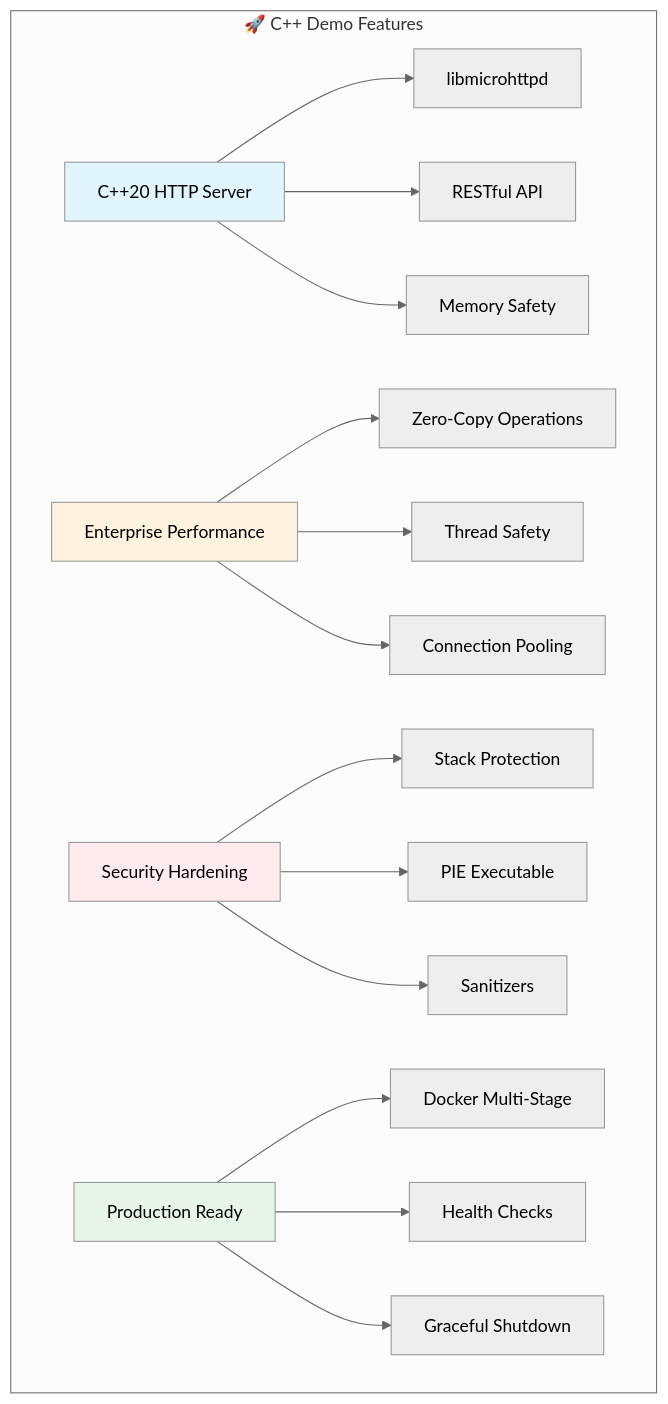
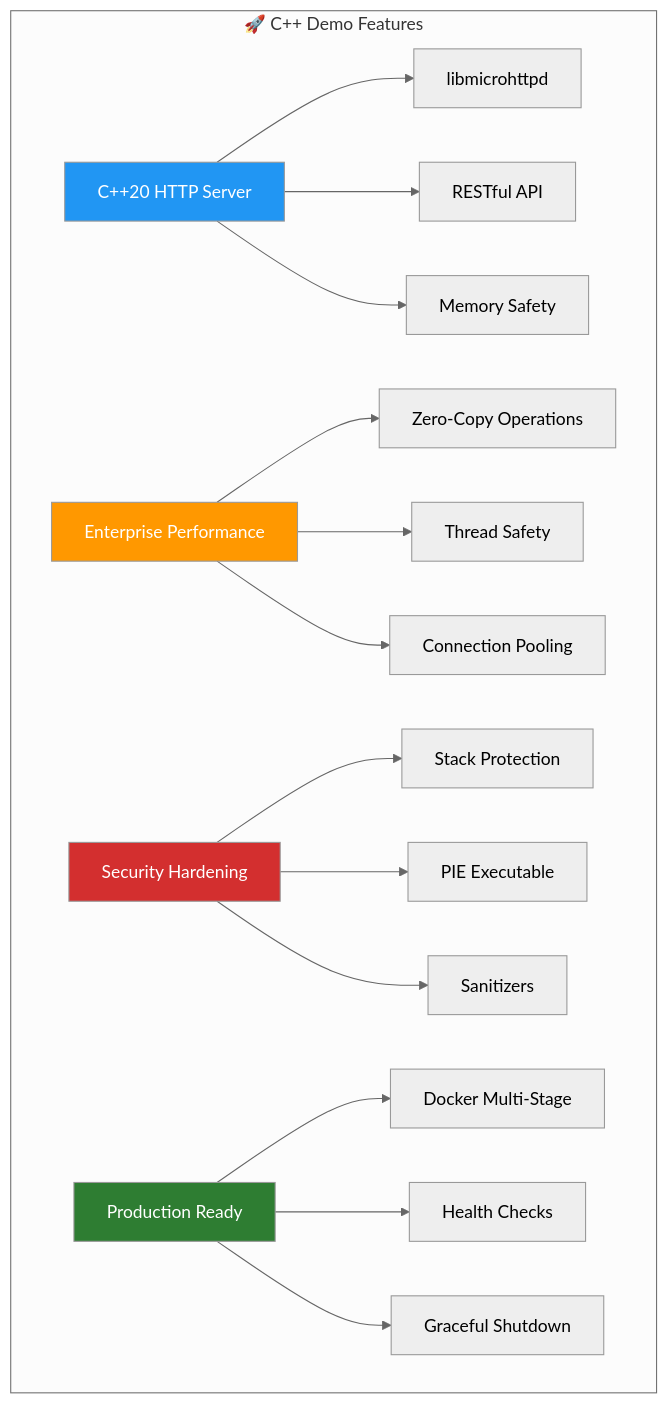
The first of 22 diagrams in demos/cpp-http-server/README.md (mvalancy-mt/training-materials), drawn with Mermaid (neutral theme) before and after one commit. The commit also changed other lines of this file and 2 other files, not shown here.

First line of the commit message:
fix: improve mermaid diagram readability with high-contrast colors (#9)

````diff
--- a/demos/cpp-http-server/README.md
+++ b/demos/cpp-http-server/README.md
@@ -9,25 +9,25 @@
 ```mermaid
 graph TB
     subgraph "🚀 C++ Demo Features"
         A[C++20 HTTP Server] --> B[libmicrohttpd]
         A --> C[RESTful API]
         A --> D[Memory Safety]
 
         E[Enterprise Performance] --> F[Zero-Copy Operations]
         E --> G[Thread Safety]
         E --> H[Connection Pooling]
 
         I[Security Hardening] --> J[Stack Protection]
         I --> K[PIE Executable]
         I --> L[Sanitizers]
 
         M[Production Ready] --> N[Docker Multi-Stage]
         M --> O[Health Checks]
         M --> P[Graceful Shutdown]
     end
 
-    style A fill:#e1f5fe
-    style E fill:#fff3e0
-    style I fill:#ffebee
-    style M fill:#e8f5e9
+    style A fill:#2196f3,color:#ffffff
+    style E fill:#ff9800,color:#ffffff
+    style I fill:#d32f2f,color:#ffffff
+    style M fill:#2e7d32,color:#ffffff
 ```
````
